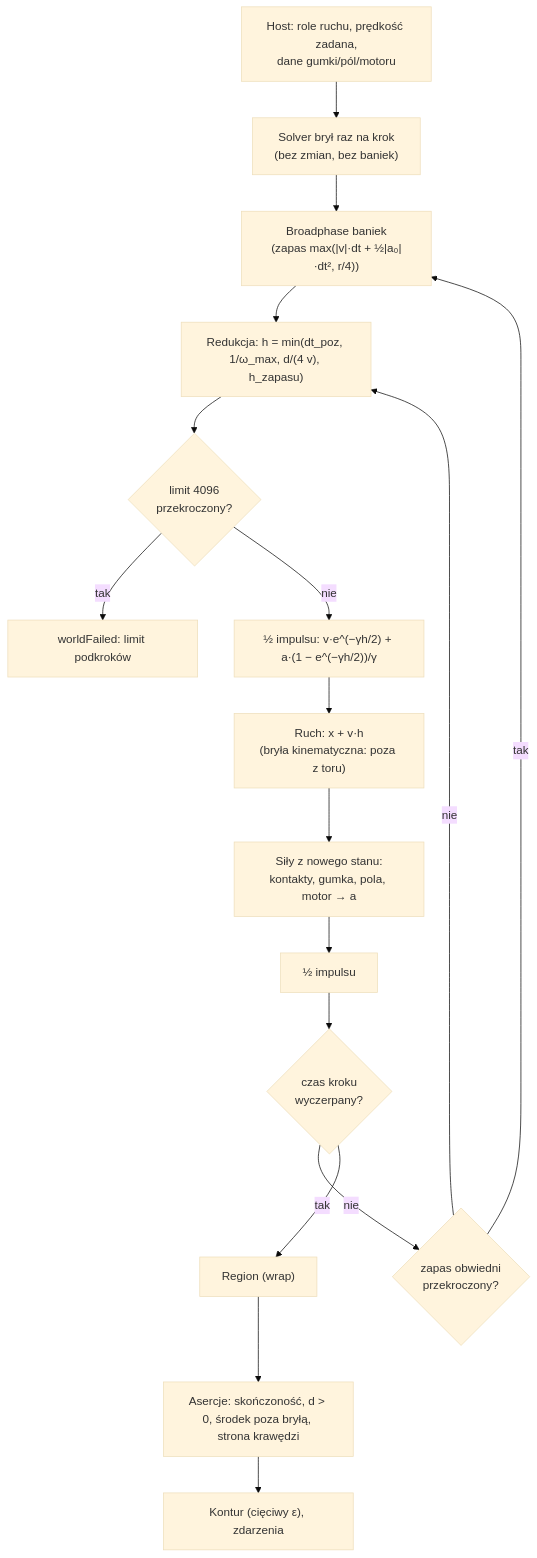
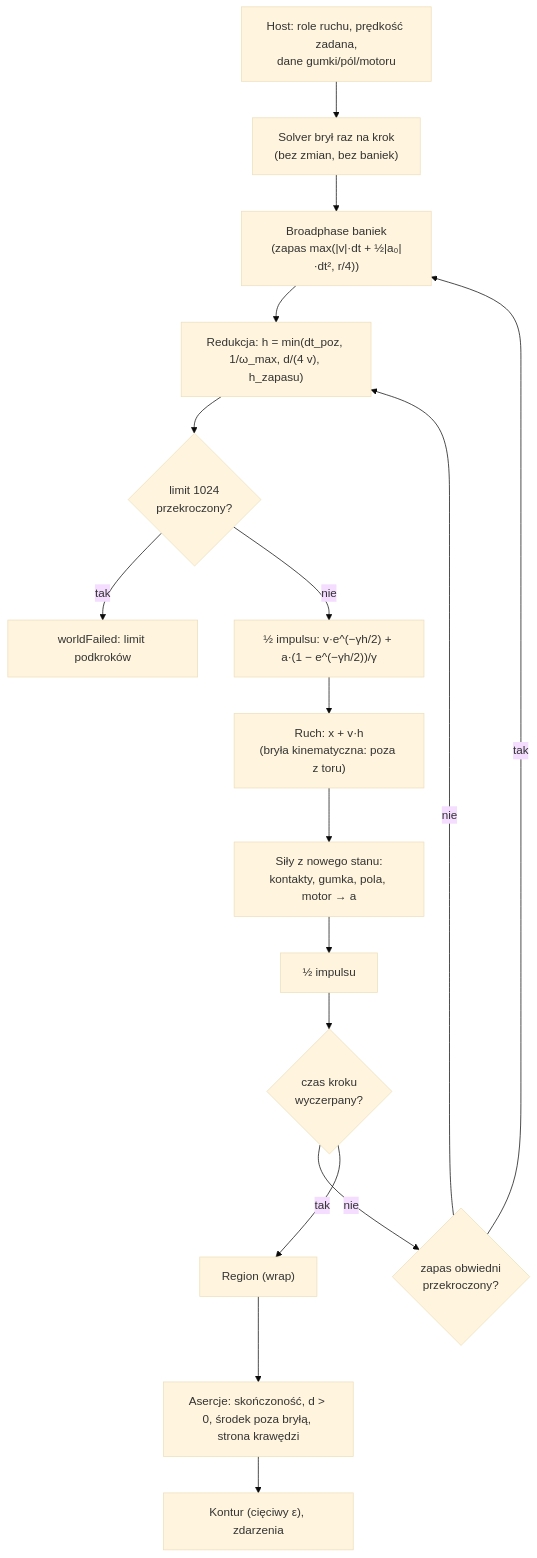
One commit to MariuszAdamowicz/BubblePhysics changed the third of 3 diagrams in docs/sdlc/changes/2026-11-23-engine-4-0-0/change-design.md. Above: the diagram before and after it, drawn with Mermaid (base theme). The commit also changed other lines of this file, not shown here.

First line of the commit message:
docs(change-design): poprawki po przeglądzie odchudzonej wersji (runda 2, CAP_REACHED) — limit 1024, moduł diagnostyczny, scena gumki

````diff
--- a/docs/sdlc/changes/2026-11-23-engine-4-0-0/change-design.md
+++ b/docs/sdlc/changes/2026-11-23-engine-4-0-0/change-design.md
@@ -263,19 +263,19 @@
 ```mermaid
 flowchart TD
   host["Host: role ruchu, prędkość zadana,<br/>dane gumki/pól/motoru"] --> rig["Solver brył raz na krok<br/>(bez zmian, bez baniek)"]
   rig --> bp["Broadphase baniek<br/>(zapas max(|v|·dt + ½|a₀|·dt², r/4))"]
   bp --> h["Redukcja: h = min(dt_poz, 1/ω_max, d/(4 v), h_zapasu)"]
-  h --> lim{"limit 4096<br/>przekroczony?"}
+  h --> lim{"limit 1024<br/>przekroczony?"}
   lim -- tak --> fail["worldFailed: limit podkroków"]
   lim -- nie --> k1["½ impulsu: v·e^(−γh/2) + a·(1 − e^(−γh/2))/γ"]
   k1 --> d["Ruch: x + v·h<br/>(bryła kinematyczna: poza z toru)"]
   d --> f["Siły z nowego stanu:<br/>kontakty, gumka, pola, motor → a"]
   f --> k2["½ impulsu"]
   k2 --> m{"czas kroku<br/>wyczerpany?"}
   m -- nie --> rb{"zapas obwiedni<br/>przekroczony?"}
   rb -- tak --> bp
   rb -- nie --> h
   m -- tak --> reg["Region (wrap)"]
   reg --> as["Asercje: skończoność, d > 0, środek poza bryłą, strona krawędzi"]
   as --> out["Kontur (cięciwy ε), zdarzenia"]
 ```
````
